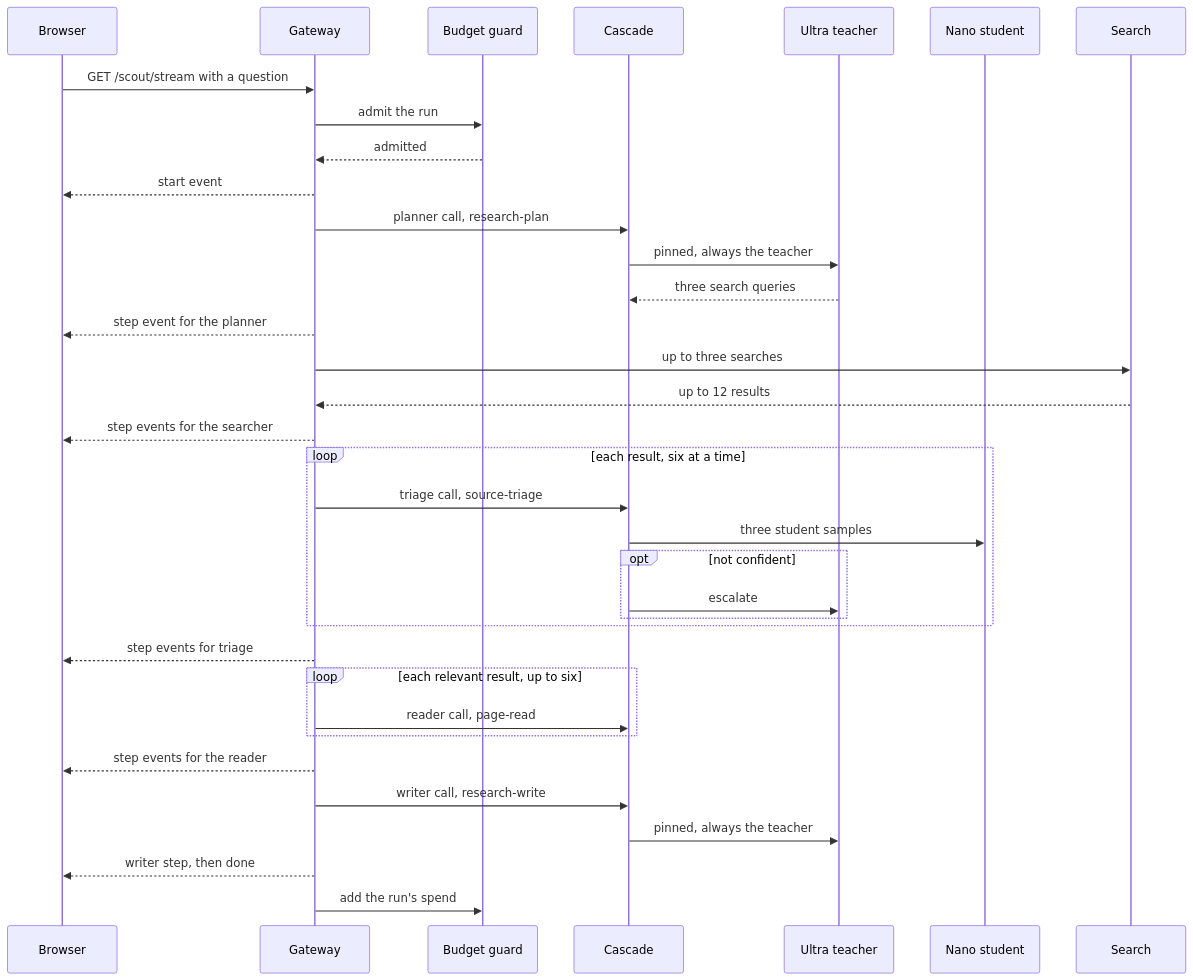
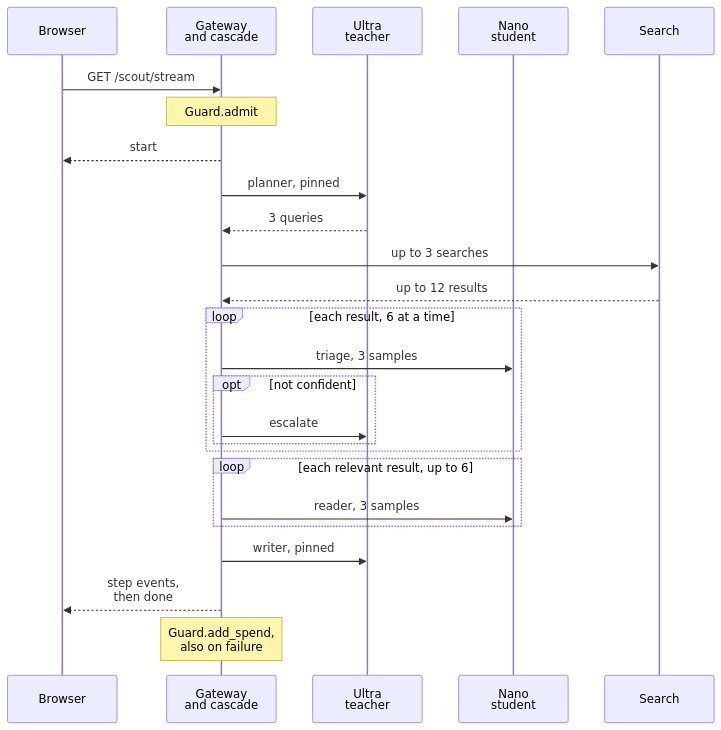
One commit to harshbhx/ratchet changed the first of 4 diagrams in docs-site/src/content/docs/guides/scout.mdx. Above: the diagram before and after it, drawn with Mermaid. The commit also changed other lines of this file and 25 other files, not shown here.

````diff
--- a/docs-site/src/content/docs/guides/scout.mdx
+++ b/docs-site/src/content/docs/guides/scout.mdx
@@ -47,37 +56,27 @@
 ```mermaid
 sequenceDiagram
   participant B as Browser
-  participant G as Gateway
-  participant D as Budget guard
-  participant C as Cascade
-  participant U as Ultra teacher
-  participant N as Nano student
+  participant G as Gateway<br/>and cascade
+  participant Teacher as Ultra<br/>teacher
+  participant Student as Nano<br/>student
   participant S as Search
-  B->>G: GET /scout/stream with a question
-  G->>D: admit the run
-  D-->>G: admitted
-  G-->>B: start event
-  G->>C: planner call, research-plan
-  C->>U: pinned, always the teacher
-  U-->>C: three search queries
-  G-->>B: step event for the planner
-  G->>S: up to three searches
+  B->>G: GET /scout/stream
+  Note over G: Guard.admit
+  G-->>B: start
+  G->>Teacher: planner, pinned
+  Teacher-->>G: 3 queries
+  G->>S: up to 3 searches
   S-->>G: up to 12 results
-  G-->>B: step events for the searcher
-  loop each result, six at a time
-    G->>C: triage call, source-triage
-    C->>N: three student samples
+  loop each result, 6 at a time
+    G->>Student: triage, 3 samples
     opt not confident
-      C->>U: escalate
+      G->>Teacher: escalate
     end
   end
-  G-->>B: step events for triage
-  loop each relevant result, up to six
-    G->>C: reader call, page-read
+  loop each relevant result, up to 6
+    G->>Student: reader, 3 samples
   end
-  G-->>B: step events for the reader
-  G->>C: writer call, research-write
-  C->>U: pinned, always the teacher
-  G-->>B: writer step, then done
-  G->>D: add the run's spend
+  G->>Teacher: writer, pinned
+  G-->>B: step events,<br/>then done
+  Note over G: Guard.add_spend,<br/>also on failure
 ```
````
